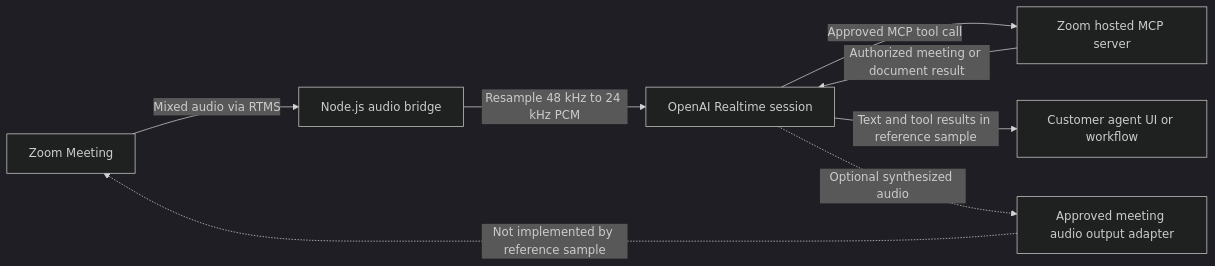
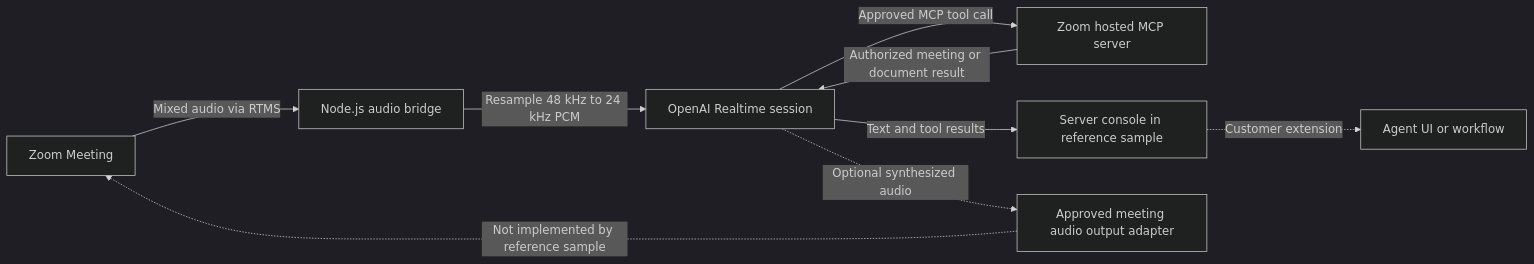
One commit to zoom/blueprints changed the diagram in blueprints/openai-meeting-voice-agent/index.md. Above: the diagram before and after it, drawn with Mermaid (dark theme). The commit also changed other lines of this file and 1 other file, not shown here.

Commit message:
Improve OpenAI meeting agent blueprint

````diff
--- a/blueprints/openai-meeting-voice-agent/index.md
+++ b/blueprints/openai-meeting-voice-agent/index.md
@@ -39,10 +57,11 @@
 ```mermaid
 flowchart LR
     A[Zoom Meeting] -->|Mixed audio via RTMS| B[Node.js audio bridge]
     B -->|Resample 48 kHz to 24 kHz PCM| C[OpenAI Realtime session]
     C -->|Approved MCP tool call| D[Zoom hosted MCP server]
     D -->|Authorized meeting or document result| C
-    C -->|Text and tool results in reference sample| E[Customer agent UI or workflow]
+    C -->|Text and tool results| E[Server console in reference sample]
+    E -.->|Customer extension| G[Agent UI or workflow]
     C -.->|Optional synthesized audio| F[Approved meeting audio output adapter]
     F -.->|Not implemented by reference sample| A
 ```
````
